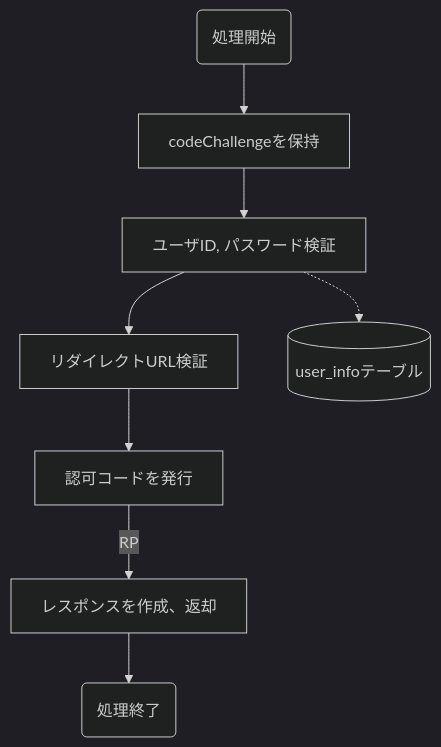
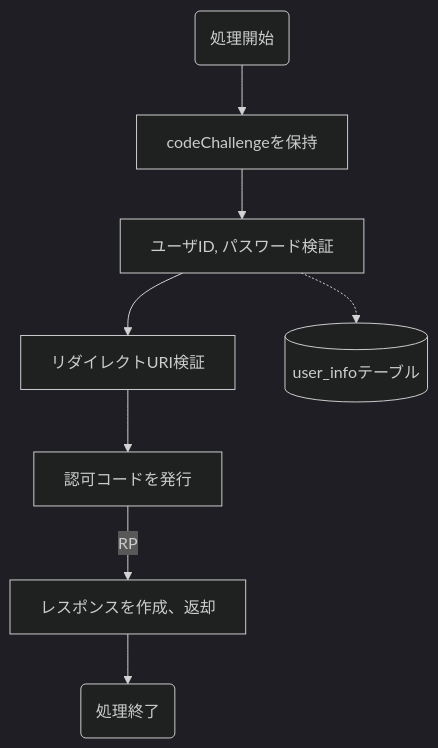
Before and after one commit to nob-islan/nob-openid-connect: the diagram in docs/business-flow/op/Certification.md, drawn with Mermaid. The commit also changed 1 other file, not shown here.

Commit message:
誤植修正

````diff
--- a/docs/business-flow/op/Certification.md
+++ b/docs/business-flow/op/Certification.md
@@ -3,11 +3,11 @@
 ```mermaid
 %%{init:{'theme':'dark'}}%%
 graph TD;
     A(処理開始) --> B[codeChallengeを保持]
     B --> C[ユーザID, パスワード検証]
-    C --> D[リダイレクトURL検証]
+    C --> D[リダイレクトURI検証]
     C -.-> E[(user_infoテーブル)]
     D --> F[認可コードを発行]
     F --> |RP| G[レスポンスを作成、返却]
     G --> H(処理終了)
 ```
````
